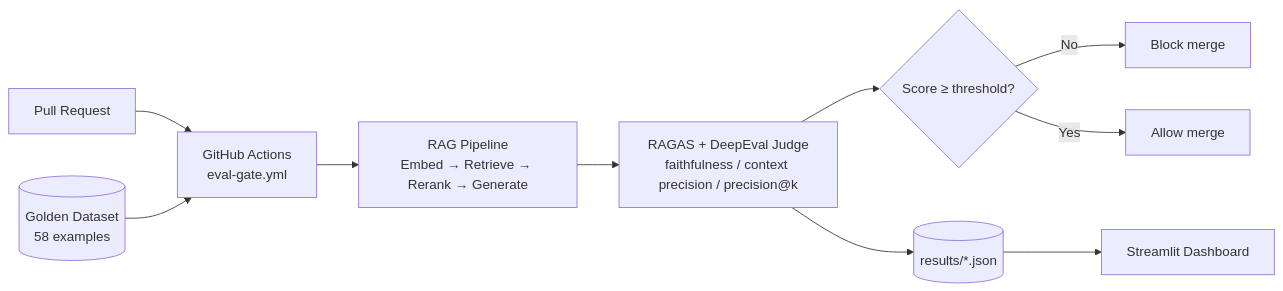
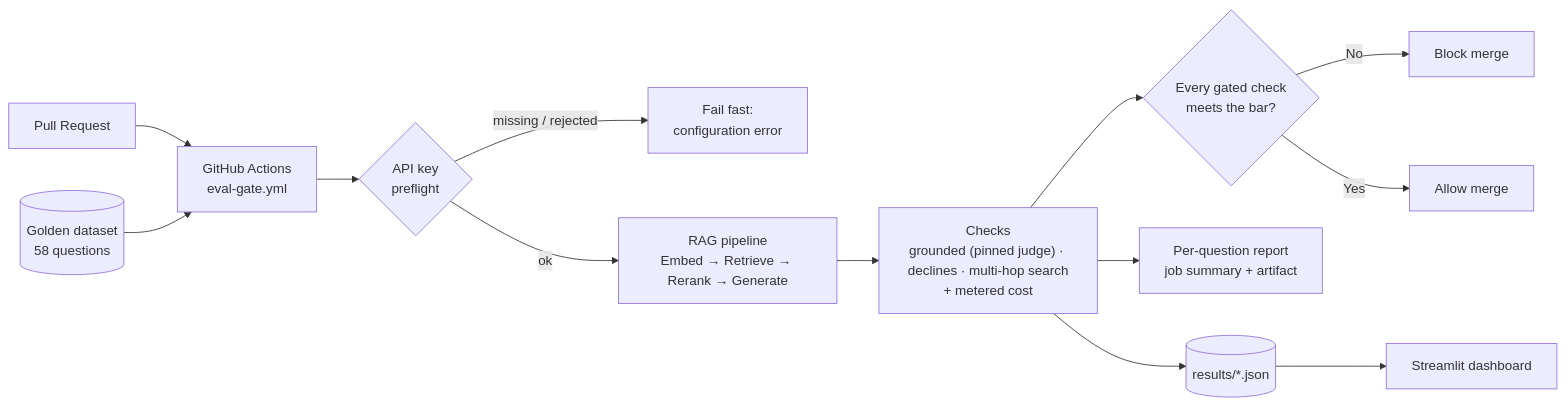
Before and after one commit to JeganT143/AgentEvalGate: the diagram in README.md, drawn with Mermaid. The commit also changed other lines of this file and 58 other files, not shown here.

First line of the commit message:
Implement RAG pipeline enhancements with new prompt handling, usage tracking, and evaluation gates

````diff
--- a/README.md
+++ b/README.md
@@ -56,12 +96,15 @@
 ```mermaid
 flowchart LR
     PR[Pull Request] --> Actions["GitHub Actions<br/>eval-gate.yml"]
-    Golden[("Golden Dataset<br/>58 examples")] --> Actions
-    Actions --> Pipeline["RAG Pipeline<br/>Embed → Retrieve → Rerank → Generate"]
-    Pipeline --> Judge["RAGAS + DeepEval Judge<br/>faithfulness / context precision / precision@k"]
-    Judge --> Gate{"Score ≥ threshold?"}
+    Golden[("Golden dataset<br/>58 questions")] --> Actions
+    Actions --> Pre{"API key<br/>preflight"}
+    Pre -->|missing / rejected| Err["Fail fast:<br/>configuration error"]
+    Pre -->|ok| Pipeline["RAG pipeline<br/>Embed → Retrieve → Rerank → Generate"]
+    Pipeline --> Judge["Checks<br/>grounded (pinned judge) · declines · multi-hop search<br/>+ metered cost"]
+    Judge --> Gate{"Every gated check<br/>meets the bar?"}
     Gate -->|No| Block["Block merge"]
     Gate -->|Yes| Allow["Allow merge"]
+    Judge --> Report["Per-question report<br/>job summary + artifact"]
     Judge --> Results[("results/*.json")]
-    Results --> Dashboard["Streamlit Dashboard"]
+    Results --> Dashboard["Streamlit dashboard"]
 ```
````
